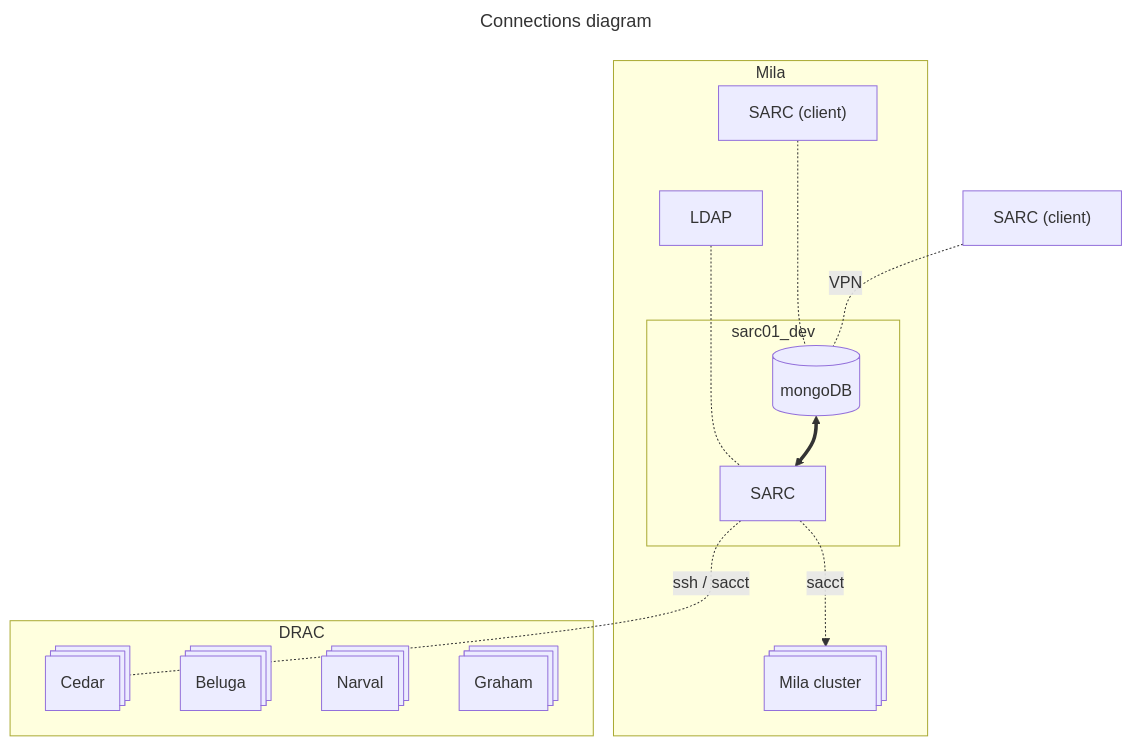
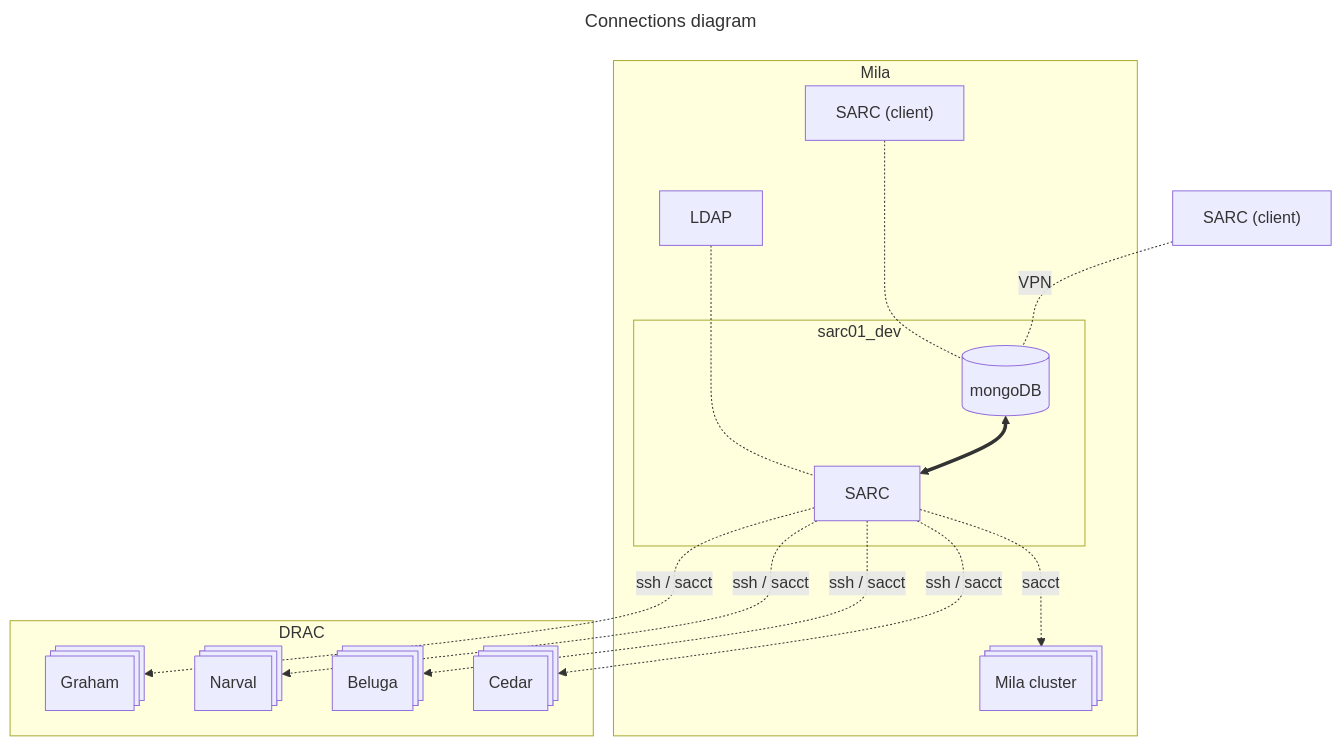
One commit to mila-iqia/SARC changed the diagram in docs/dev_overview/connections_diagram.md. Above: the diagram before and after it, drawn with Mermaid.

````diff
--- a/docs/dev_overview/connections_diagram.md
+++ b/docs/dev_overview/connections_diagram.md
@@ -3,40 +3,40 @@
 ```mermaid
 ---
 title: Connections diagram
 ---
 flowchart TB
 	subgraph Mila
 		%% direction BT
 		subgraph sarc01_dev
 		 	%% direction LR
 			mongodb[(mongoDB)]
 			sarc["SARC"]
 		end
 		cluster_mila@{shape: procs, label: "Mila cluster"}
     client1["SARC (client)"]
 	ldap[LDAP]
 
 	end
 
 	subgraph DRAC
 		cluster_cedar@{shape: procs, label: "Cedar"}
 		cluster_beluga@{shape: procs, label: "Beluga"}
 		cluster_narval@{shape: procs, label: "Narval"}
 		cluster_graham@{shape: procs, label: "Graham"}
 	end
 
 	mongodb <==> sarc  
 	ldap -..- sarc
     sarc-.sacct.->cluster_mila
 
-    sarc-.ssh / sacct.-cluster_cedar
-    %% sarc-.ssh / sacct.->cluster_beluga
-    %% sarc-.ssh / sacct.->cluster_narval
-    %% sarc-.ssh / sacct.->cluster_graham
+    sarc-.ssh / sacct.->cluster_cedar
+    sarc-.ssh / sacct.->cluster_beluga
+    sarc-.ssh / sacct.->cluster_narval
+    sarc-.ssh / sacct.->cluster_graham
 
     client2["SARC (client)"]
 
 	client1-..-mongodb
 	client2-.VPN.-mongodb
 	%% Mila ~~~ DRAC
 ```
````
